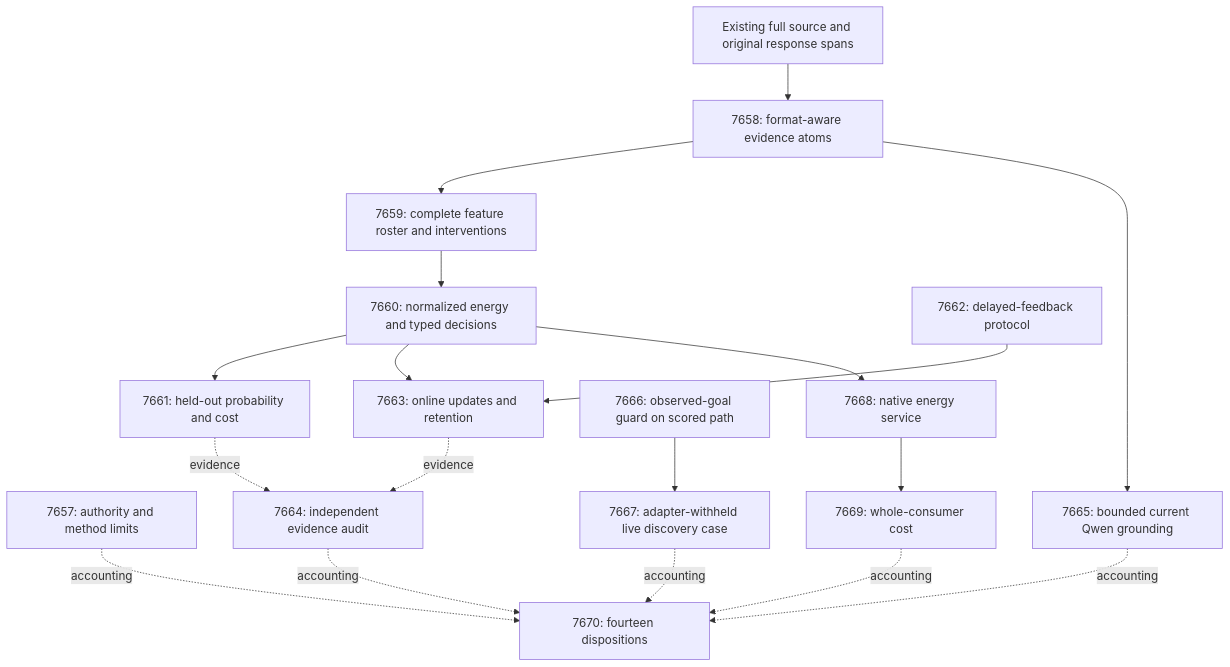
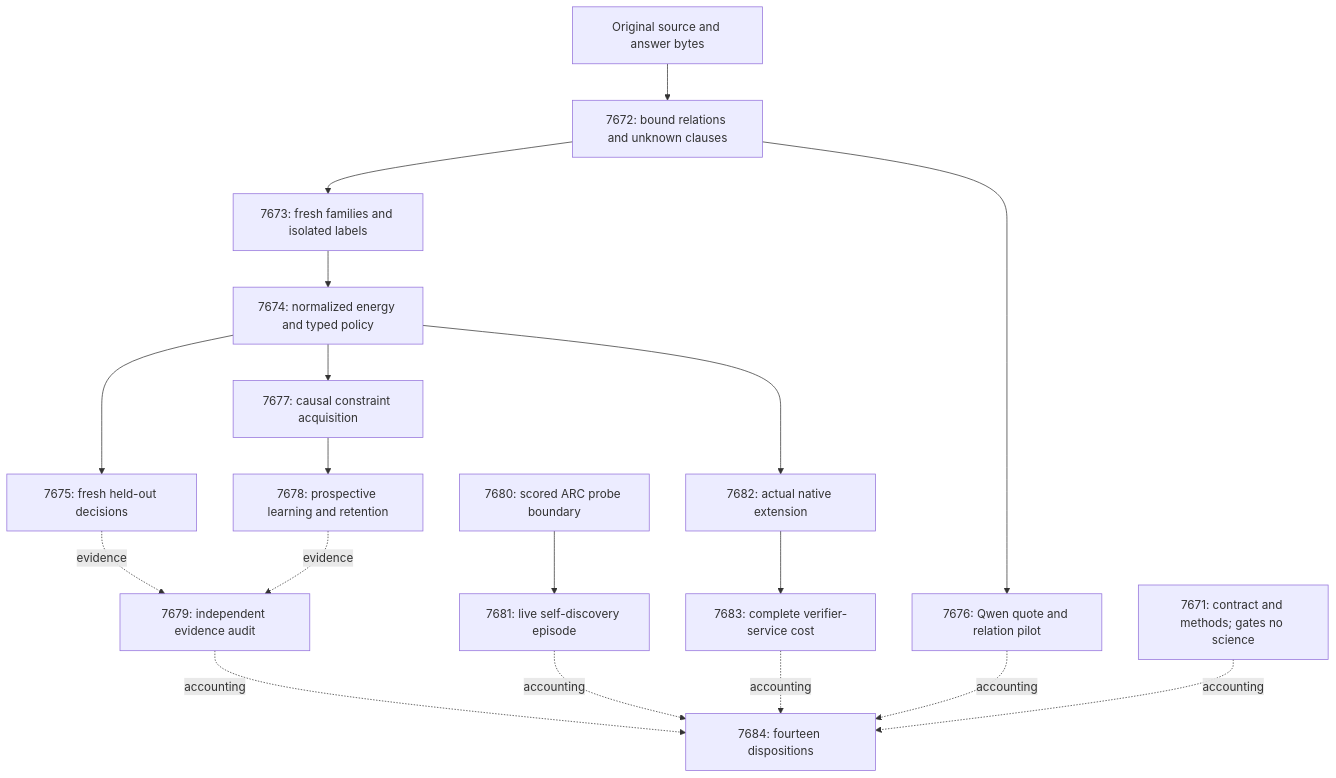
Before and after one commit to Carnot-EBM/carnot-ebm: the diagram in openspec/change-proposals/research-roadmap-vNEXT.md, drawn with Mermaid. The commit also changed other lines of this file and 15 other files, not shown here.

````diff
--- a/openspec/change-proposals/research-roadmap-vNEXT.md
+++ b/openspec/change-proposals/research-roadmap-vNEXT.md
@@ -84,31 +96,29 @@
 ```mermaid
 flowchart TD
-    C[7657: authority and method limits]
-    S[Existing full source and original response spans]
-    W[7658: format-aware evidence atoms]
-    F[7659: complete feature roster and interventions]
-    H[7660: normalized energy and typed decisions]
-    E[7661: held-out probability and cost]
-    P[7662: delayed-feedback protocol]
-    L[7663: online updates and retention]
-    A[7664: independent evidence audit]
-    Q[7665: bounded current Qwen grounding]
-    G[7666: observed-goal guard on scored path]
-    V[7667: adapter-withheld live discovery case]
-    R[7668: native energy service]
-    T[7669: whole-consumer cost]
-    Z[7670: fourteen dispositions]
-    S --> W --> F --> H --> E
-    H --> L
-    P --> L
-    W --> Q
+    S[Original source and answer bytes]
+    B[7672: bound relations and unknown clauses]
+    D[7673: fresh families and isolated labels]
+    H[7674: normalized energy and typed policy]
+    E[7675: fresh held-out decisions]
+    Q[7676: Qwen quote and relation pilot]
+    P[7677: causal constraint acquisition]
+    L[7678: prospective learning and retention]
+    A[7679: independent evidence audit]
+    G[7680: scored ARC probe boundary]
+    V[7681: live self-discovery episode]
+    N[7682: actual native extension]
+    C[7683: complete verifier-service cost]
+    R[7684: fourteen dispositions]
+    S --> B --> D --> H --> E
+    B --> Q
+    H --> P --> L
     E -. evidence .-> A
     L -. evidence .-> A
     G --> V
-    H --> R --> T
-    C -. accounting .-> Z
-    A -. accounting .-> Z
-    Q -. accounting .-> Z
-    V -. accounting .-> Z
-    T -. accounting .-> Z
+    H --> N --> C
+    A -. accounting .-> R
+    Q -. accounting .-> R
+    V -. accounting .-> R
+    C -. accounting .-> R
+    M[7671: contract and methods; gates no science] -. accounting .-> R
 ```
````
